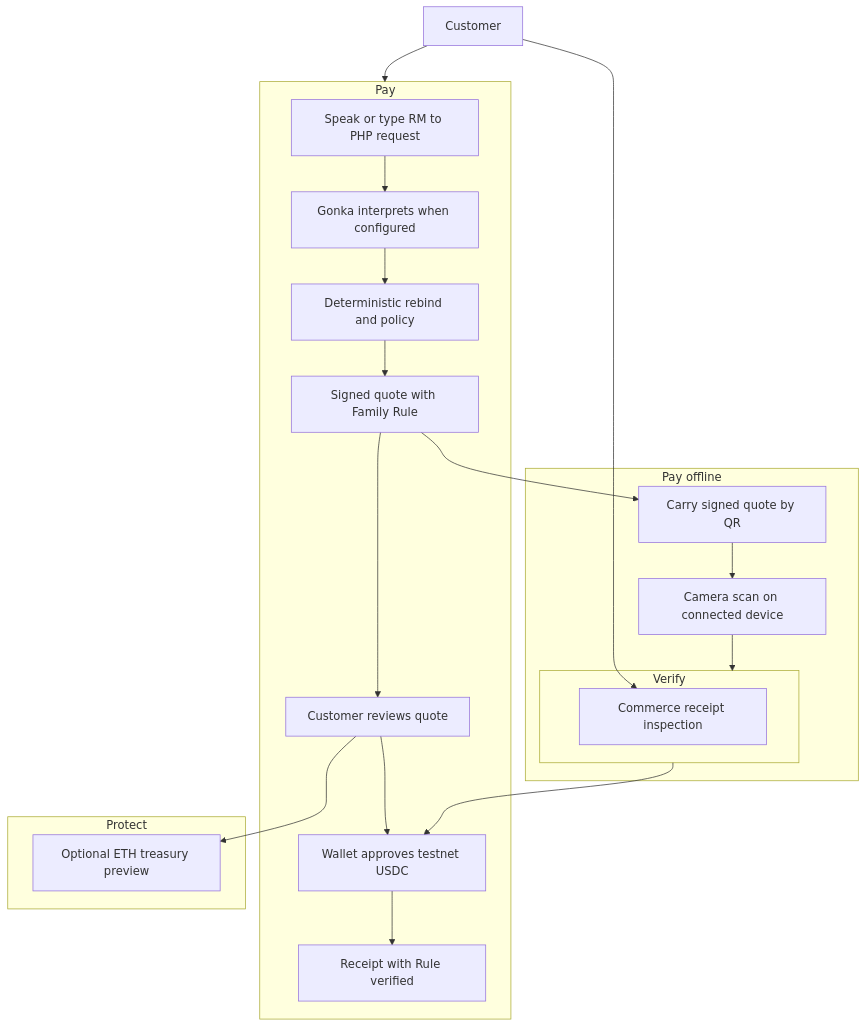
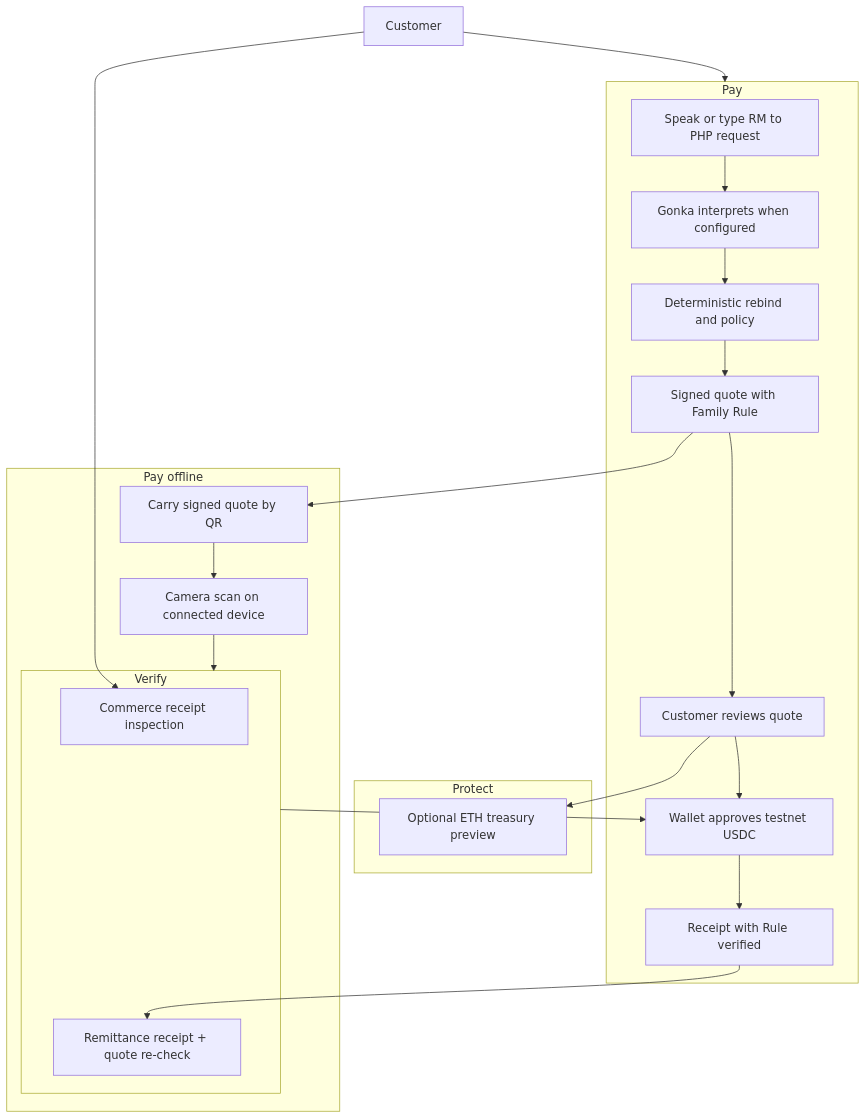
Before and after one commit to MUBA-Hack/convey-sui: the first of 4 diagrams in README.md, drawn with Mermaid. The commit also changed other lines of this file and 7 other files, not shown here.

````diff
--- a/README.md
+++ b/README.md
@@ -332,36 +391,38 @@
 ```mermaid
 flowchart TB
   Customer["Customer"]
 
   subgraph Pay["Pay"]
     Request["Speak or type RM to PHP request"]
     Interpret["Gonka interprets when configured"]
     Rebind["Deterministic rebind and policy"]
     Quote["Signed quote with Family Rule"]
     Review["Customer reviews quote"]
     Wallet["Wallet approves testnet USDC"]
     Receipt["Receipt with Rule verified"]
     Request --> Interpret --> Rebind --> Quote --> Review --> Wallet --> Receipt
   end
 
   subgraph Carry["Pay offline"]
     Qr["Carry signed quote by QR"]
     Scan["Camera scan on connected device"]
     Verify["Connected verify before approval"]
     Qr --> Scan --> Verify
   end
 
   subgraph Protect["Protect"]
     Eth["Optional ETH treasury preview"]
   end
 
   subgraph Verify["Verify"]
     Proof["Commerce receipt inspection"]
+    Remit["Remittance receipt + quote re-check"]
   end
 
   Customer --> Pay
   Quote --> Qr
   Verify --> Wallet
   Review --> Eth
   Customer --> Proof
+  Receipt --> Remit
 ```
````
